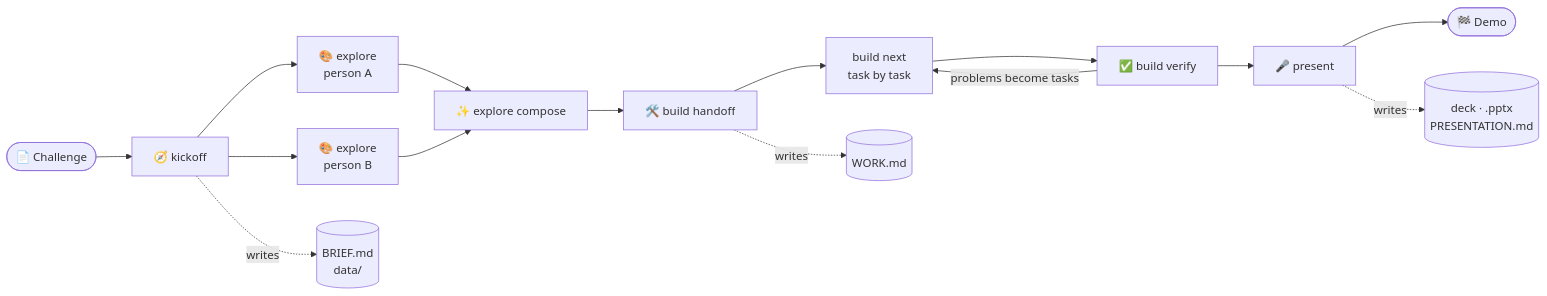
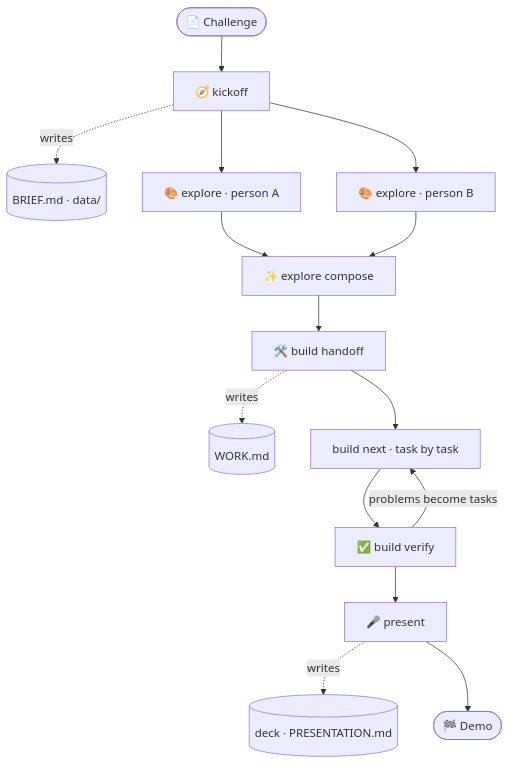
One commit to sassarini-marco/track-to-demo changed the diagram in README.md. Above: the diagram before and after it, drawn with Mermaid. The commit also changed other lines of this file, not shown here.

Commit message:
README: vertical flow diagram that stays readable on GitHub

````diff
--- a/README.md
+++ b/README.md
@@ -41,18 +41,17 @@
 ```mermaid
-flowchart LR
+flowchart TD
     T([📄 Challenge]) --> K[🧭 kickoff]
-    K --> E1[🎨 explore<br/>person A]
-    K --> E2[🎨 explore<br/>person B]
+    K -. writes .-> B[(BRIEF.md · data/)]
+    K --> E1[🎨 explore · person A]
+    K --> E2[🎨 explore · person B]
     E1 --> C[✨ explore compose]
     E2 --> C
     C --> H[🛠️ build handoff]
-    H --> N[build next<br/>task by task]
+    H -. writes .-> W[(WORK.md)]
+    H --> N[build next · task by task]
     N --> V[✅ build verify]
     V -- problems become tasks --> N
     V --> P[🎤 present]
+    P -. writes .-> S[(deck · PRESENTATION.md)]
     P --> D([🏁 Demo])
-
-    K -. writes .-> B[(BRIEF.md<br/>data/)]
-    H -. writes .-> W[(WORK.md)]
-    P -. writes .-> S[(deck · .pptx<br/>PRESENTATION.md)]
 ```
````
